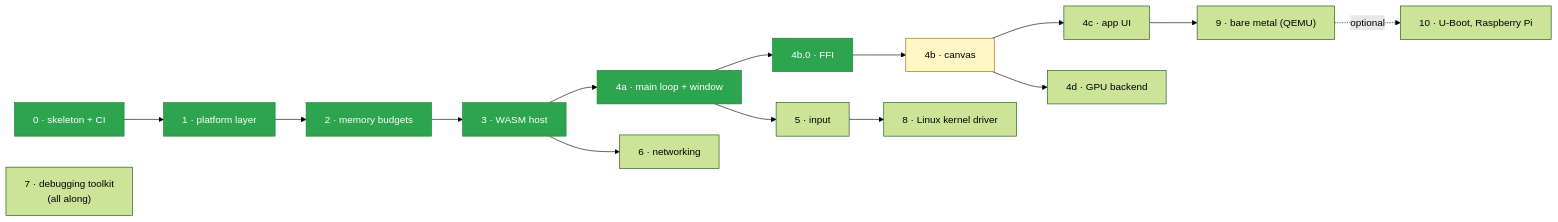
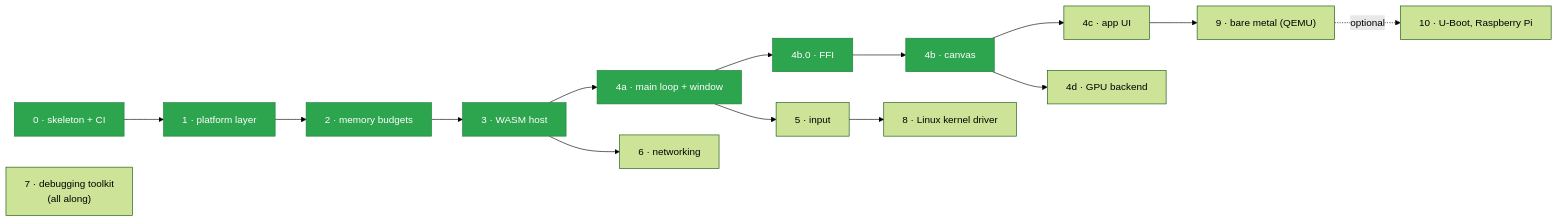
One commit to arinal/mim changed the third of 3 diagrams in README.md. Above: the diagram before and after it, drawn with Mermaid (forest theme). The commit also changed other lines of this file and 64 other files, not shown here.

````diff
--- a/README.md
+++ b/README.md
@@ -157,17 +165,15 @@
 ```mermaid
 flowchart LR
     S0["0 · skeleton + CI"] --> S1["1 · platform layer"] --> S2["2 · memory budgets"] --> S3["3 · WASM host"]
     S3 --> S4a["4a · main loop + window"] --> S4b0["4b.0 · FFI"] --> S4b["4b · canvas"] --> S4c["4c · app UI"]
     S4b --> S4d["4d · GPU backend"]
     S4a --> S5["5 · input"]
     S3 --> S6["6 · networking"]
     S5 --> S8["8 · Linux kernel driver"]
     S4c --> S9["9 · bare metal (QEMU)"]
     S9 -.optional.-> S10["10 · U-Boot, Raspberry Pi"]
     S7["7 · debugging toolkit<br/>(all along)"]
 
     classDef done fill:#2da44e,stroke:#1a7f37,color:#fff
-    classDef doing fill:#fff8c5,stroke:#9a6700
-    class S0,S1,S2,S3,S4a,S4b0 done
-    class S4b doing
+    class S0,S1,S2,S3,S4a,S4b0,S4b done
 ```
````
